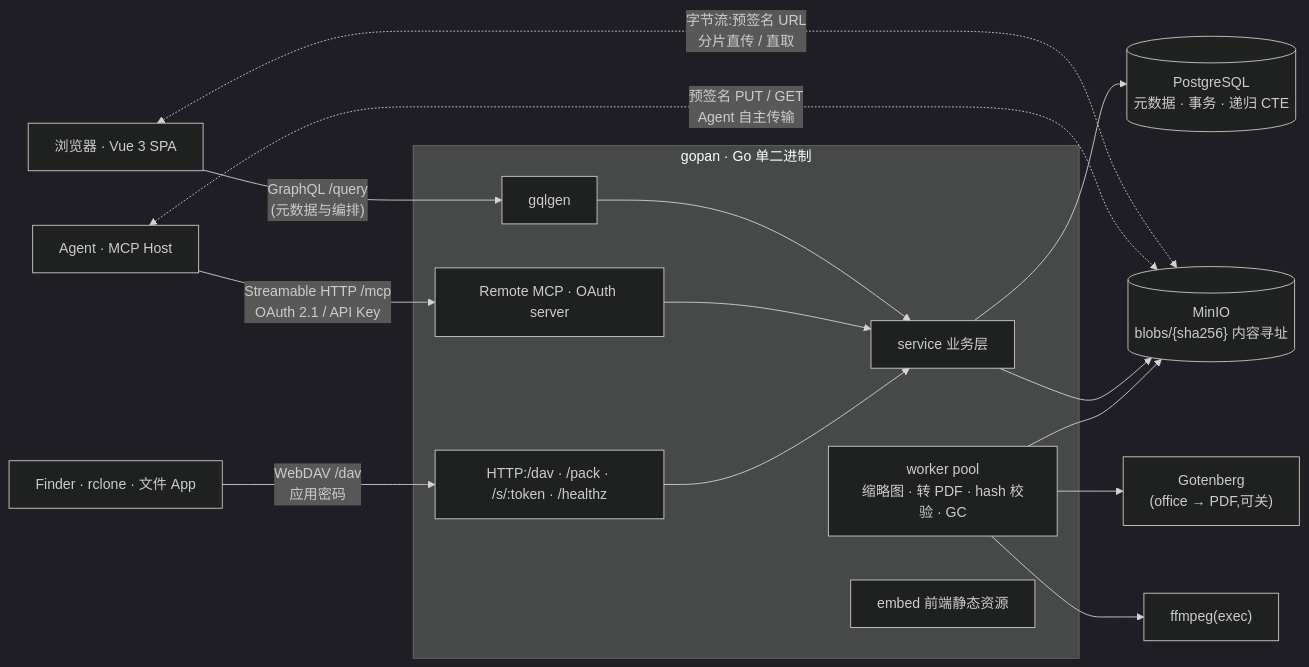
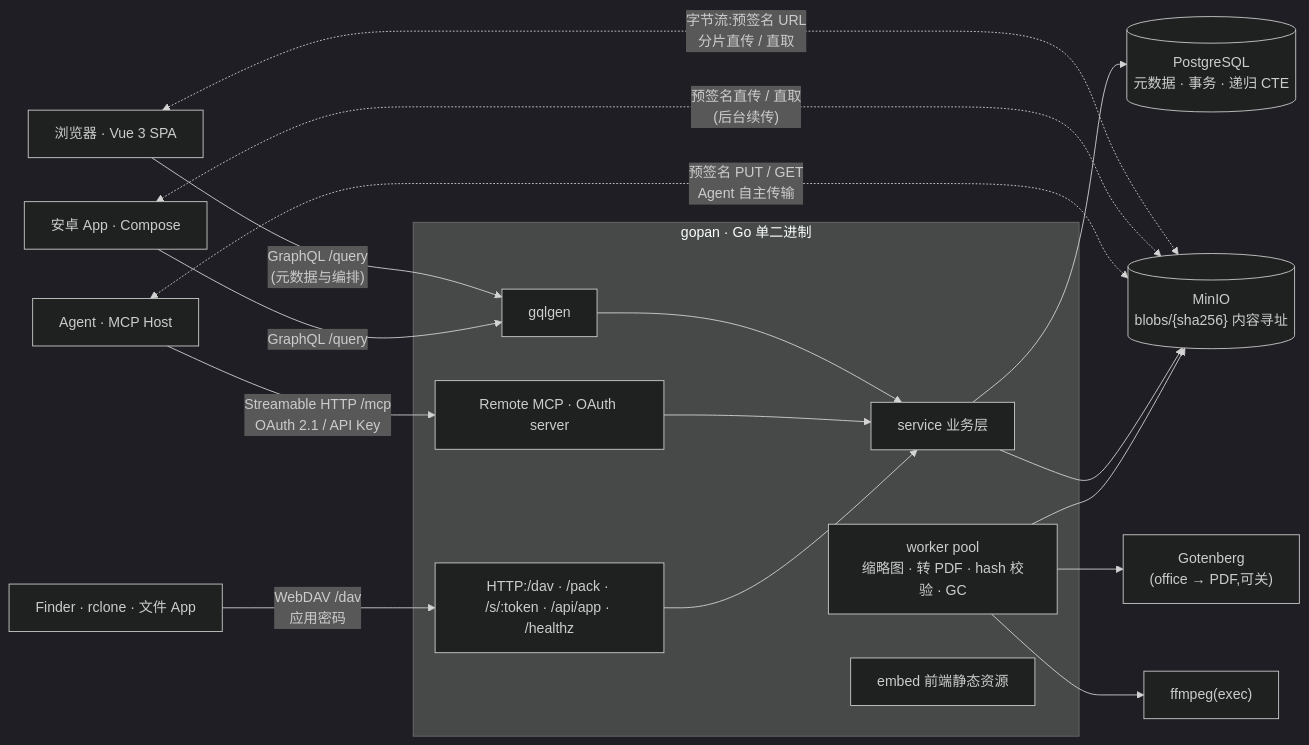
One commit to yophon/gopan changed the diagram in README.md. Above: the diagram before and after it, drawn with Mermaid (dark theme). The commit also changed other lines of this file and 8 other files, not shown here.

````diff
--- a/README.md
+++ b/README.md
@@ -25,23 +26,25 @@
 ```mermaid
 flowchart LR
     Browser["浏览器 · Vue 3 SPA"]
     Browser -- "GraphQL /query<br/>(元数据与编排)" --> GQL
     Browser <-. "字节流:预签名 URL<br/>分片直传 / 直取" .-> MinIO
+    Android["安卓 App · Compose"] -- "GraphQL /query" --> GQL
+    Android <-. "预签名直传 / 直取<br/>(后台续传)" .-> MinIO
     Agent["Agent · MCP Host"] -- "Streamable HTTP /mcp<br/>OAuth 2.1 / API Key" --> MCP
     Agent <-. "预签名 PUT / GET<br/>Agent 自主传输" .-> MinIO
     DAV["Finder · rclone · 文件 App"] -- "WebDAV /dav<br/>应用密码" --> REST
 
     subgraph Gopan["gopan · Go 单二进制"]
         GQL["gqlgen"] --> Service["service 业务层"]
         MCP["Remote MCP · OAuth server"] --> Service
-        REST["HTTP:/dav · /pack · /s/:token · /healthz"] --> Service
+        REST["HTTP:/dav · /pack · /s/:token · /api/app · /healthz"] --> Service
         Worker["worker pool<br/>缩略图 · 转 PDF · hash 校验 · GC"]
         Embed["embed 前端静态资源"]
     end
 
     Service --> PG[("PostgreSQL<br/>元数据 · 事务 · 递归 CTE")]
     Service --> MinIO[("MinIO<br/>blobs/{sha256} 内容寻址")]
     Worker --> MinIO
     Worker --> GT["Gotenberg<br/>(office → PDF,可关)"]
     Worker --> FF["ffmpeg(exec)"]
 ```
````
